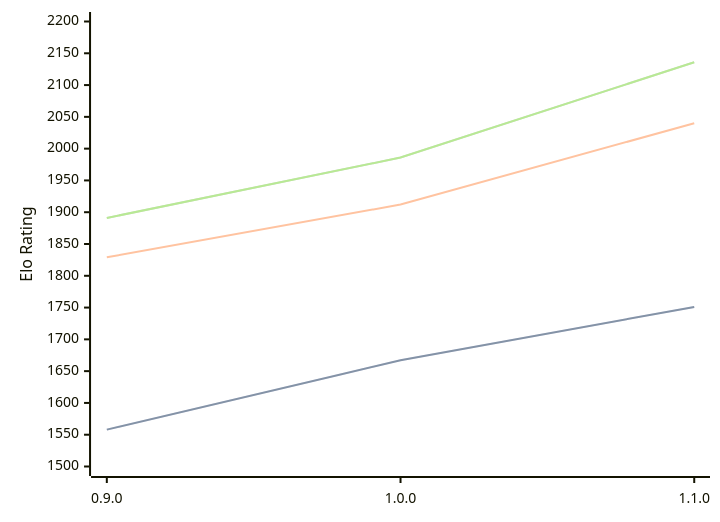
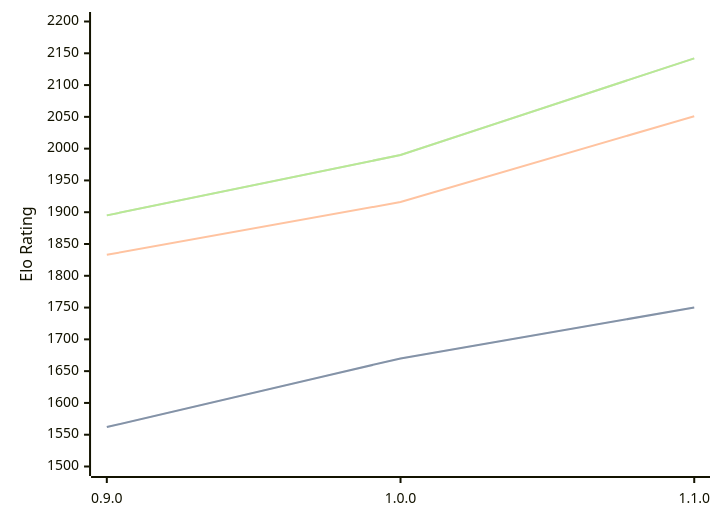
Before and after one commit to computer-chess-index/cci: the diagram in engines/Ratsu.md, drawn with Mermaid. The commit also changed other lines of this file, not shown here.

Commit message:
Update CCI Ratings (ELO VLTC) - 2026-05-02

````diff
--- a/engines/Ratsu.md
+++ b/engines/Ratsu.md
@@ -33,11 +33,11 @@
 ```mermaid
 %%{init: {"theme":"base","themeVariables":{"seriesColors:['#a3a3a3','#222221','#faa371']}}}%%
 xychart-beta
   x-axis ["0.9.0", "1.0.0", "1.1.0"]
   y-axis "Elo Rating" 1500 --> 2200
-  line "STC (8.0+0.08s)" [1558, 1667, 1751]
-  line "STC (8.0+0.08s)" [1558, 1667, 1751]
-  line "LTC (60.0+0.60s)" [1829, 1912, 2040]
-  line "VLTC (2m24s+1.12s)" [1891, 1986, 2136]
-  line "VLTC (2m24s+1.12s)" [1891, 1986, 2136]
+  line "STC (8.0+0.08s)" [1562, 1670, 1750]
+  line "STC (8.0+0.08s)" [1562, 1670, 1750]
+  line "LTC (60.0+0.60s)" [1833, 1916, 2051]
+  line "VLTC (2m24s+1.12s)" [1895, 1990, 2142]
+  line "VLTC (2m24s+1.12s)" [1895, 1990, 2142]
 ```
````
